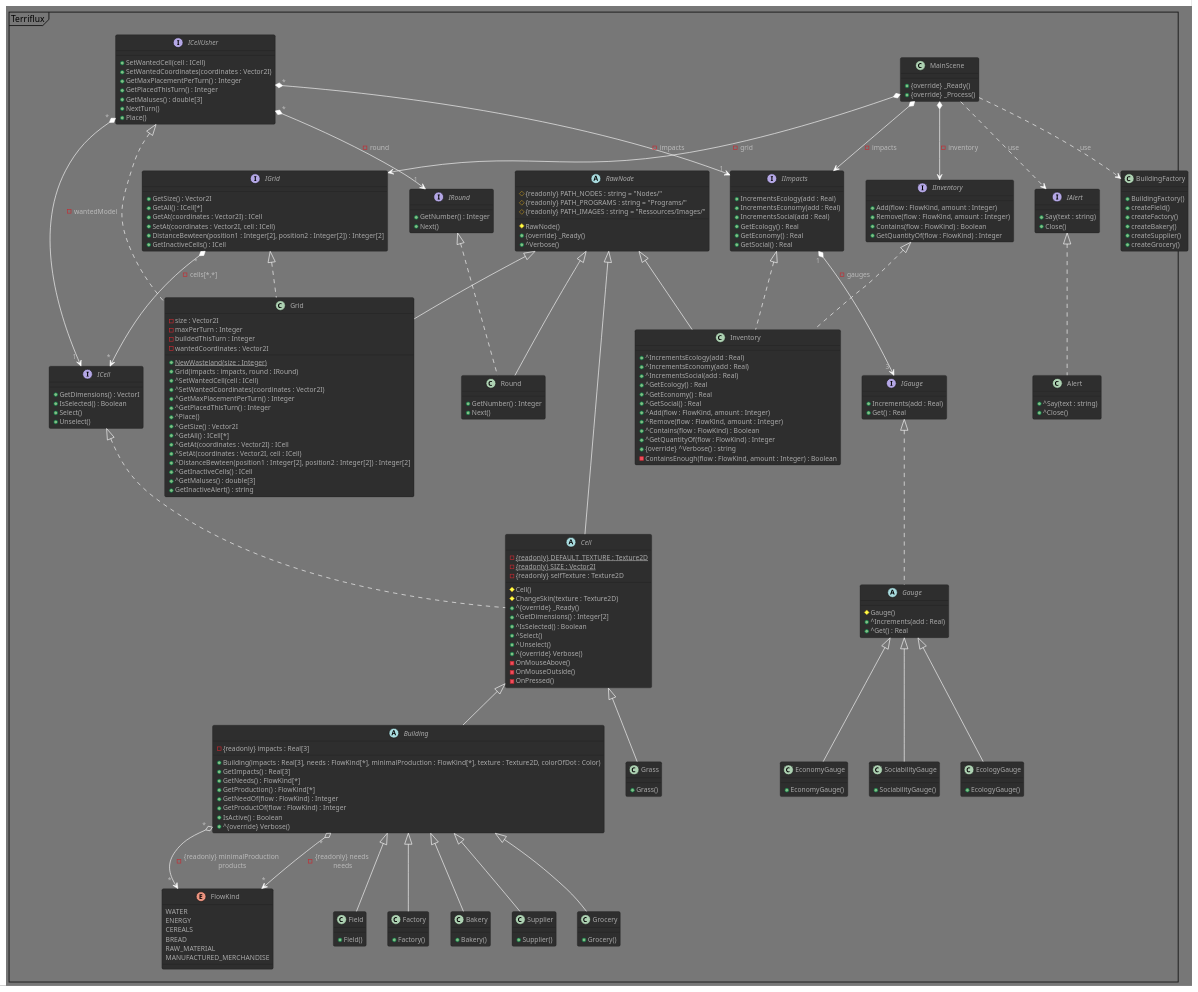
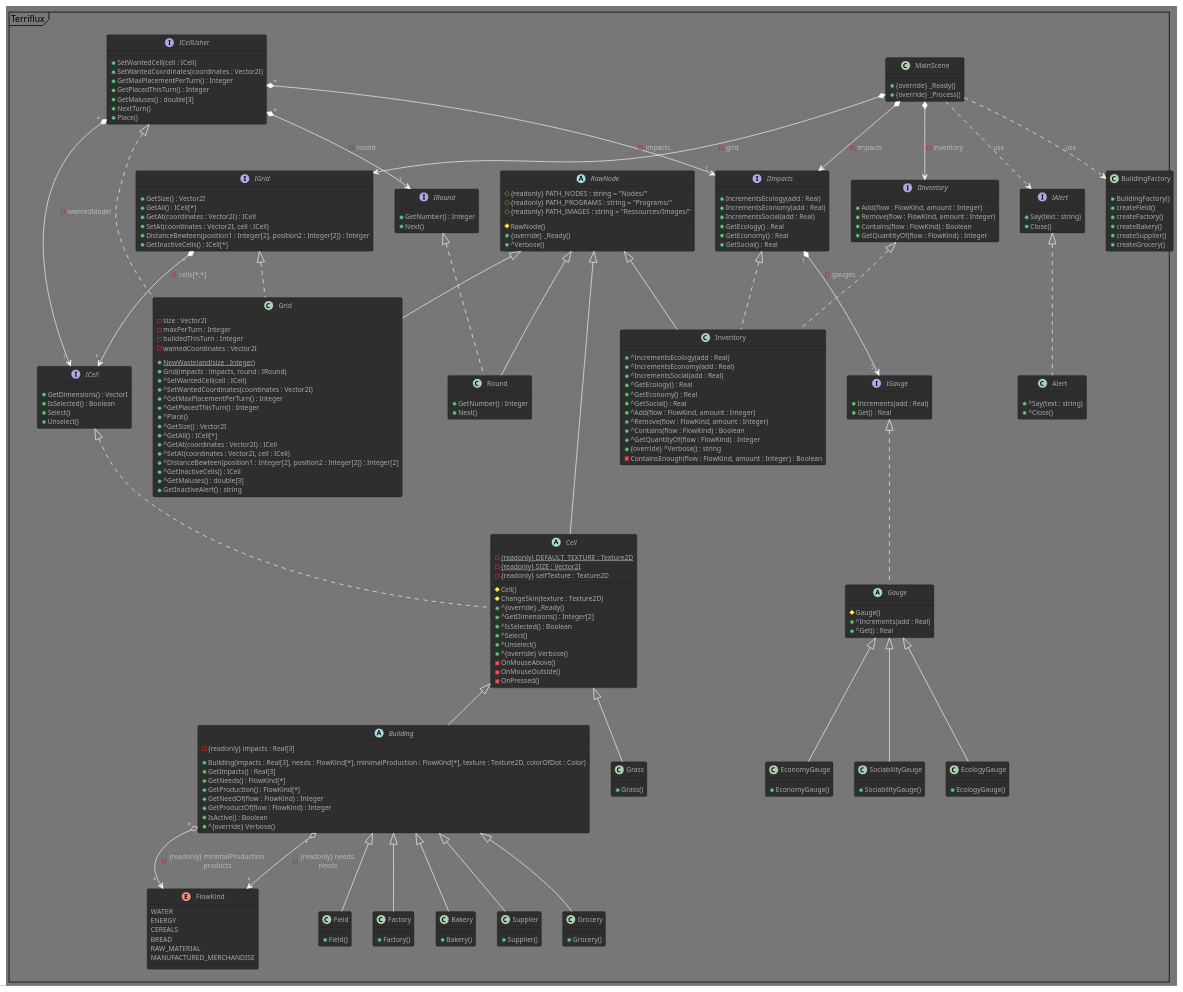
Before and after one commit to Spidermatou/Terriflux: the diagram in Terriflux.puml, drawn with PlantUML. The commit also changed 3 other files, not shown here.

```diff
--- a/Terriflux.puml
+++ b/Terriflux.puml
@@ -129,8 +129,8 @@
     + GetAll() : ICell[*]       /' (ICell, Vector2I)[*] '/
     + GetAt(coordinates : Vector2I) : ICell
     + SetAt(coordinates : Vector2I, cell : ICell)
-    + DistanceBewteen(position1 : Integer[2], position2 : Integer[2]) : Integer[2] /' Tuple<int, int> '/
-    + GetInactiveCells() : ICell        /' notamment les batiments qui ne peuvent produire '/
+    + DistanceBewteen(position1 : Integer[2], position2 : Integer[2]) : Integer
+    + GetInactiveCells() : ICell[*]        /' notamment les batiments qui ne peuvent produire '/
 }
 IGrid" * " *--> " * "ICell : - cells[*,*] 
 /' gere uniquement le placement de cellule (et donc batiments) 
```
